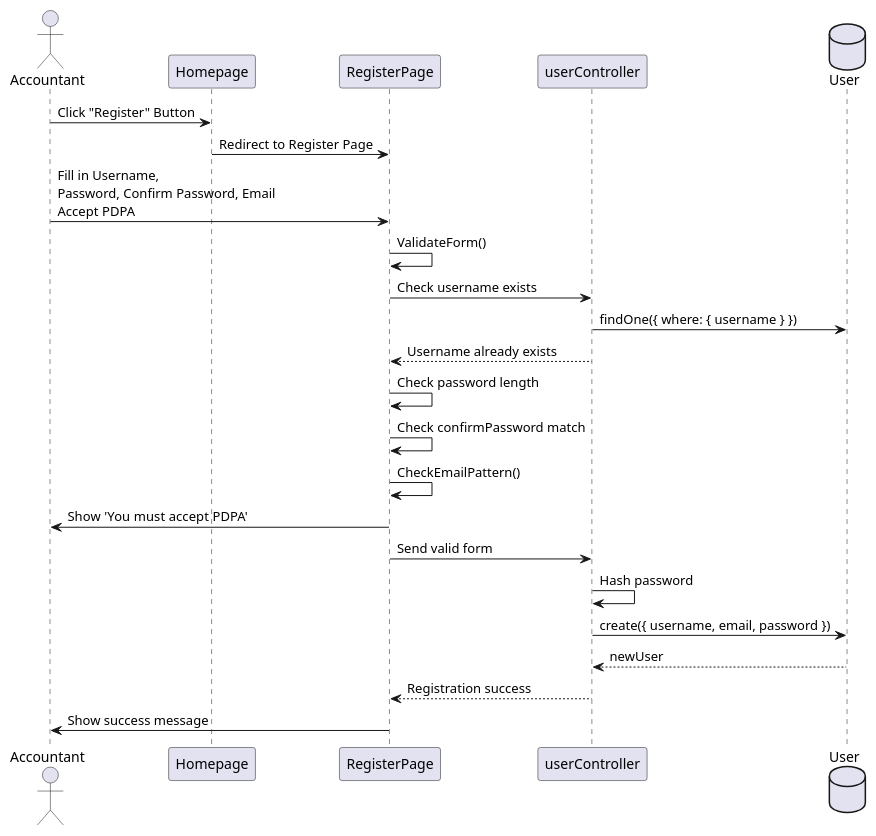
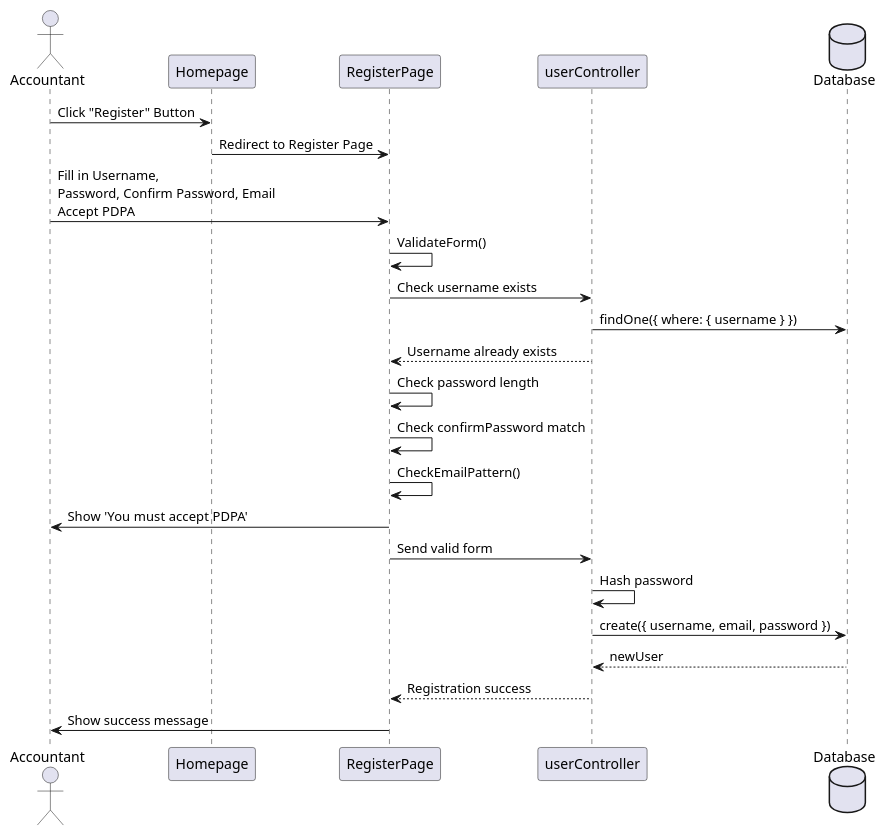
Before and after one commit to jmaepraendith/PaperlessWebProject: the diagram in diagram/sq-uc1.puml, drawn with PlantUML. The commit also changed 1 other file, not shown here.

Commit message:
fix sq diagram

```diff
--- a/diagram/sq-uc1.puml
+++ b/diagram/sq-uc1.puml
@@ -1,32 +1,32 @@
 @startuml
 actor Accountant
 participant Homepage
 participant RegisterPage
 participant userController
-database User
+database Database
 
 Accountant -> Homepage : Click "Register" Button
 Homepage -> RegisterPage : Redirect to Register Page
 
 Accountant -> RegisterPage : Fill in Username,\nPassword, Confirm Password, Email\nAccept PDPA
 RegisterPage -> RegisterPage : ValidateForm()
 RegisterPage -> userController : Check username exists
-userController -> User : findOne({ where: { username } })
+userController -> Database : findOne({ where: { username } })
 userController --> RegisterPage : Username already exists
 
 RegisterPage -> RegisterPage : Check password length
 RegisterPage -> RegisterPage : Check confirmPassword match
 RegisterPage -> RegisterPage : CheckEmailPattern()
 
 RegisterPage -> Accountant : Show 'You must accept PDPA'
 
 RegisterPage -> userController : Send valid form
 userController -> userController : Hash password
-userController -> User : create({ username, email, password })
-User --> userController : newUser
+userController -> Database : create({ username, email, password })
+Database --> userController : newUser
 userController --> RegisterPage : Registration success
 RegisterPage -> Accountant : Show success message
 
 
 
 @enduml
```
